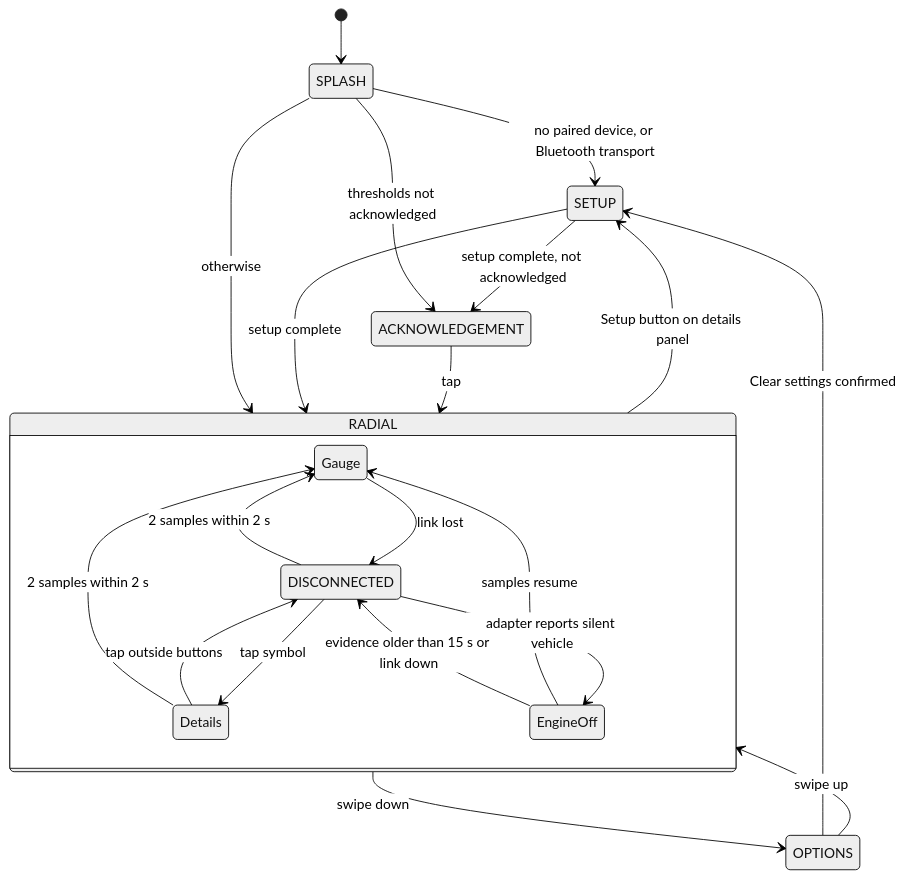
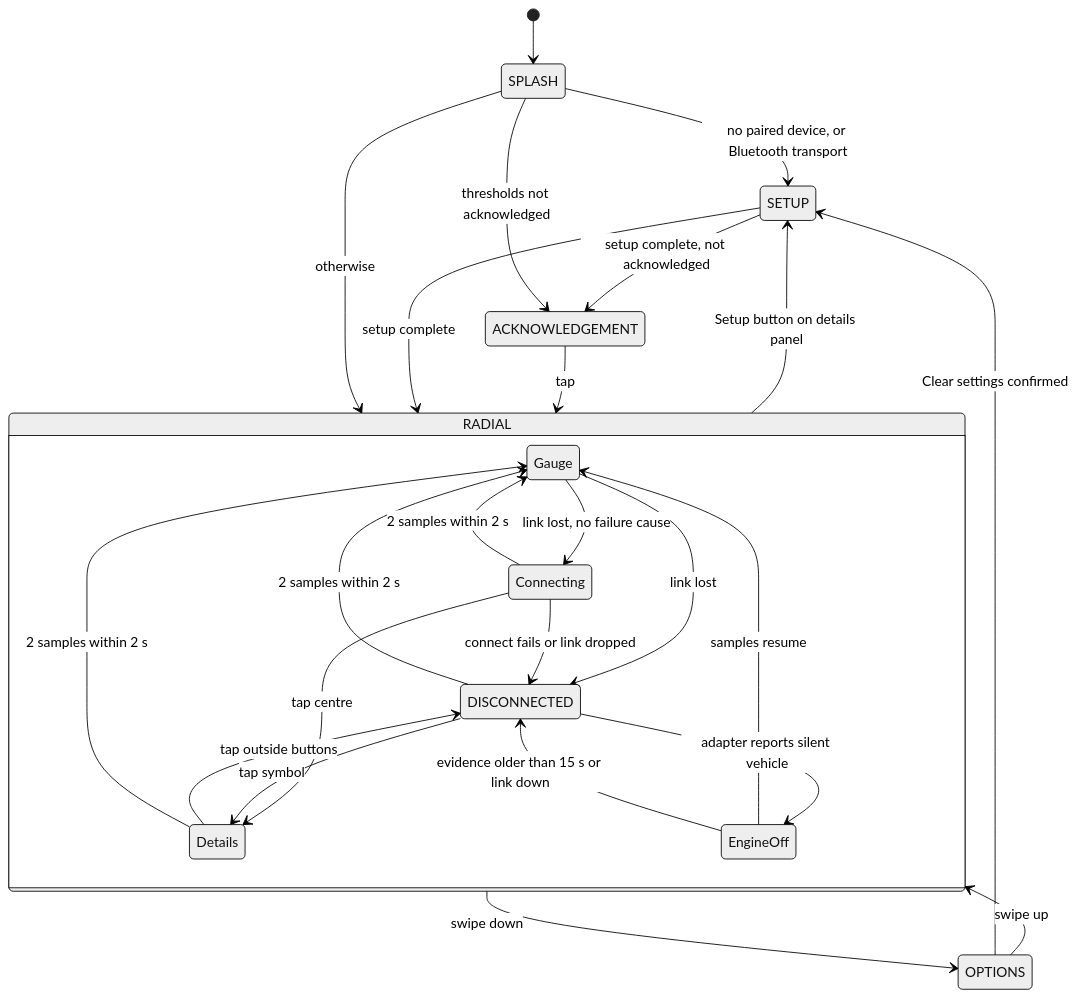
Before and after one commit to William12556/GTach: the diagram in ai/workspace/design/design-b8c9d0e1-component_display_manager.md, drawn with Mermaid (neutral theme). The commit also changed other lines of this file and 4 other files, not shown here.

````diff
--- a/ai/workspace/design/design-b8c9d0e1-component_display_manager.md
+++ b/ai/workspace/design/design-b8c9d0e1-component_display_manager.md
@@ -280,24 +297,28 @@
 ```mermaid
 stateDiagram-v2
     [*] --> SPLASH
     SPLASH --> SETUP: no paired device, or Bluetooth transport
     SPLASH --> ACKNOWLEDGEMENT: thresholds not acknowledged
     SPLASH --> RADIAL: otherwise
     SETUP --> ACKNOWLEDGEMENT: setup complete, not acknowledged
     SETUP --> RADIAL: setup complete
     ACKNOWLEDGEMENT --> RADIAL: tap
     state RADIAL {
         Gauge --> DISCONNECTED: link lost
+        Gauge --> Connecting: link lost, no failure cause
+        Connecting --> DISCONNECTED: connect fails or link dropped
+        Connecting --> Gauge: 2 samples within 2 s
+        Connecting --> Details: tap centre
         DISCONNECTED --> Details: tap symbol
         Details --> DISCONNECTED: tap outside buttons
         Details --> Gauge: 2 samples within 2 s
         DISCONNECTED --> Gauge: 2 samples within 2 s
         DISCONNECTED --> EngineOff: adapter reports silent vehicle
         EngineOff --> Gauge: samples resume
         EngineOff --> DISCONNECTED: evidence older than 15 s or link down
     }
     RADIAL --> OPTIONS: swipe down
     OPTIONS --> RADIAL: swipe up
     OPTIONS --> SETUP: Clear settings confirmed
     RADIAL --> SETUP: Setup button on details panel
 ```
````
